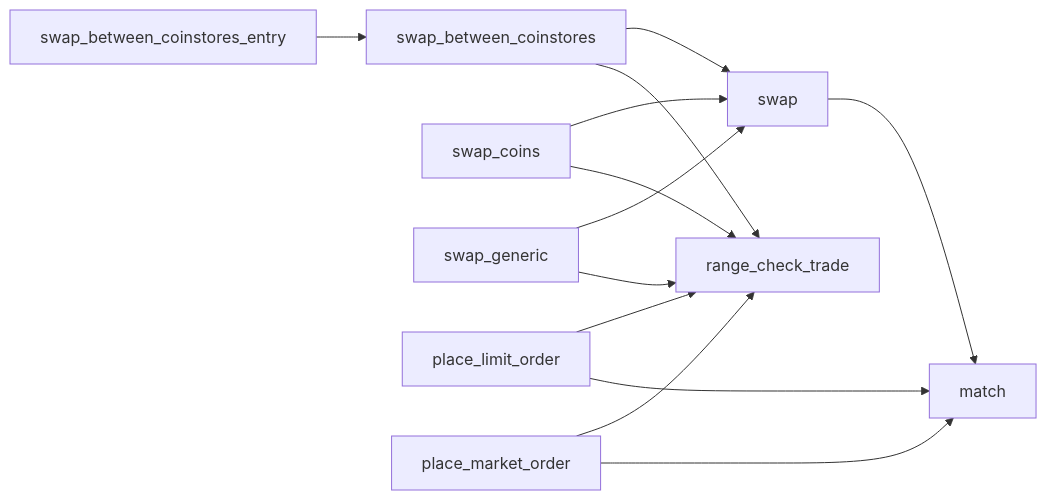
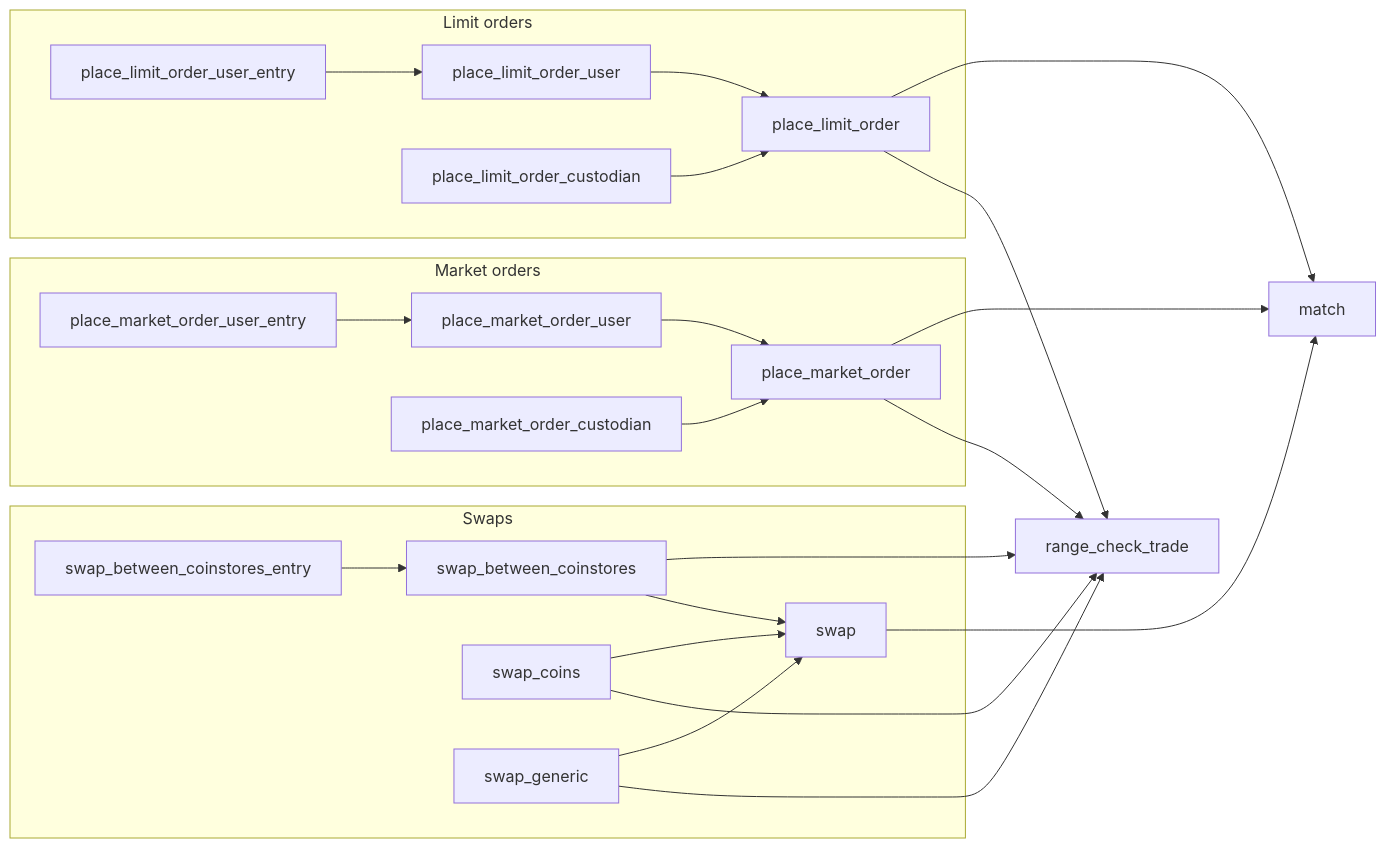
The diagram in doc/diagrams/src/matching.md (econia-labs/econia), drawn with Mermaid before and after one commit.

Commit message:
Add matching engine wrappers, subgraphs in chart

````diff
--- a/doc/diagrams/src/matching.md
+++ b/doc/diagrams/src/matching.md
@@ -1,24 +1,53 @@
 ```mermaid
 
 flowchart LR
 
+subgraph Limit orders
+
+place_limit_order_user_entry --> place_limit_order_user
+
+place_limit_order_user --> place_limit_order
+
+place_limit_order_custodian --> place_limit_order
+
+end
+
+place_limit_order ---> match
+
+place_limit_order --> range_check_trade
+
+subgraph Market orders
+
+place_market_order_user_entry --> place_market_order_user
+
+place_market_order_user --> place_market_order
+
+place_market_order_custodian --> place_market_order
+
+end
+
+place_market_order ---> match
+
+place_market_order --> range_check_trade
+
+swap_between_coinstores ---> range_check_trade
+
+subgraph Swaps
+
 swap_between_coinstores_entry --> swap_between_coinstores
 
-swap_between_coinstores --> range_check_trade
 swap_between_coinstores --> swap
 
-swap_coins --> range_check_trade
 swap_coins --> swap
 
-swap_generic --> range_check_trade
 swap_generic --> swap
 
-place_limit_order --> match
-place_limit_order --> range_check_trade
+end
 
-place_market_order --> match
-place_market_order --> range_check_trade
+swap_generic --> range_check_trade
 
-swap --> match
+swap_coins ---> range_check_trade
+
+swap ---> match
 
 ```
````
